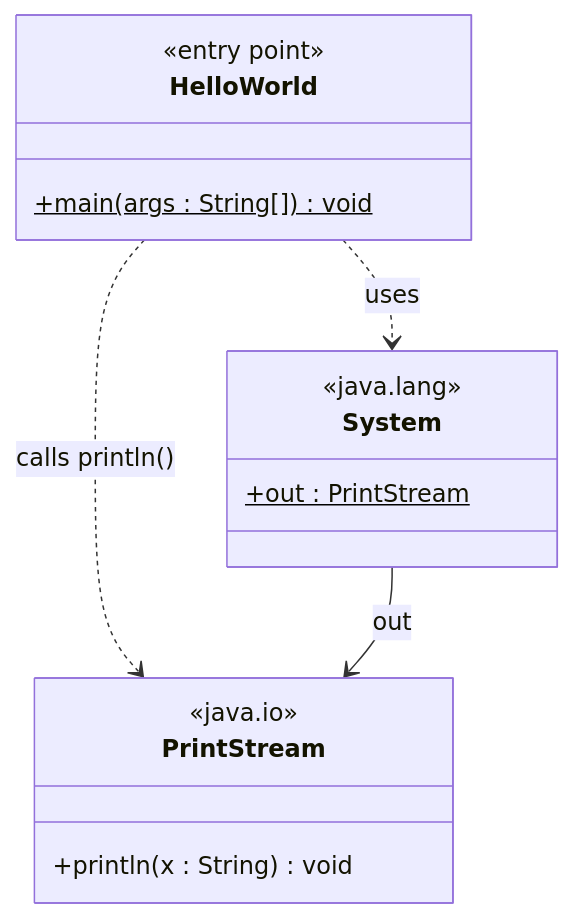
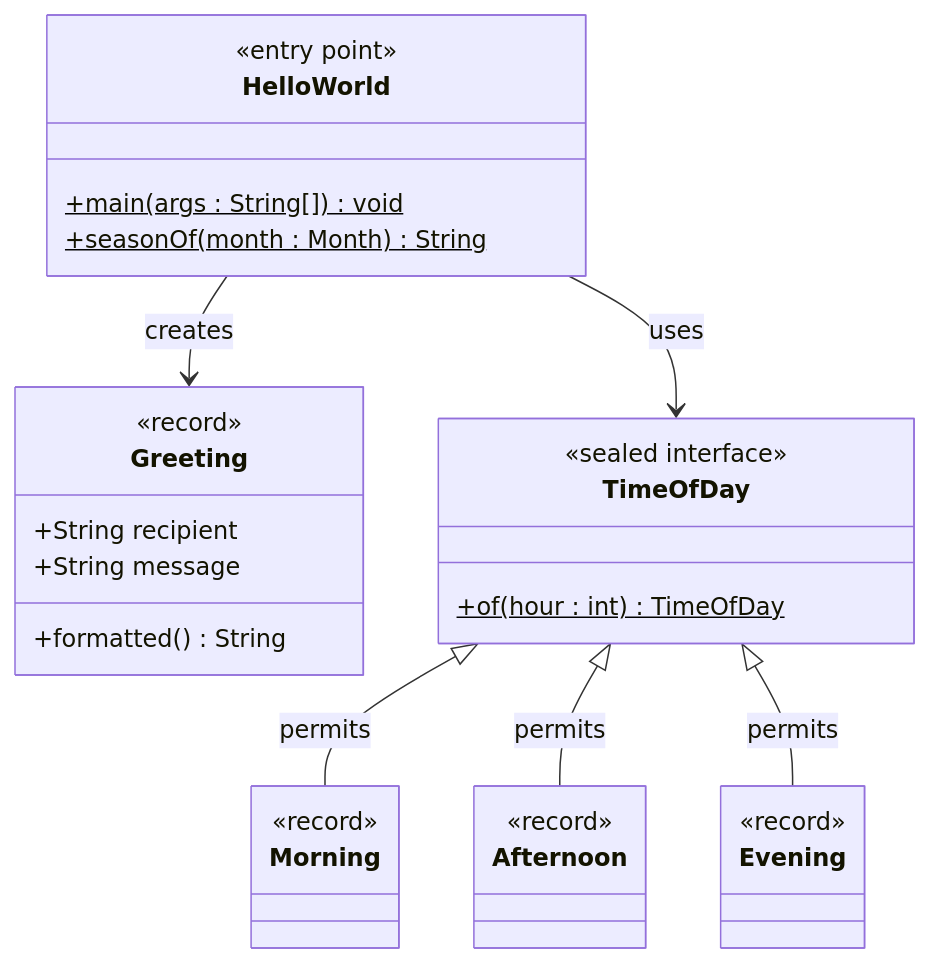
One commit to ktruchcz/copilot-test-ktruchcz changed the fourth of 16 diagrams in arc42-documentation.md. Above: the diagram before and after it, drawn with Mermaid. The commit also changed other lines of this file and 5 other files, not shown here.

````diff
--- a/arc42-documentation.md
+++ b/arc42-documentation.md
@@ -222,23 +225,40 @@
 ```mermaid
 classDiagram
     direction TB
 
     class HelloWorld {
         <<entry point>>
         +main(args : String[]) void$
+        +seasonOf(month : Month) String$
     }
 
-    class System {
-        <<java.lang>>
-        +out : PrintStream$
+    class Greeting {
+        <<record>>
+        +String recipient
+        +String message
+        +formatted() String
     }
 
-    class PrintStream {
-        <<java.io>>
-        +println(x : String) void
+    class TimeOfDay {
+        <<sealed interface>>
+        +of(hour : int) TimeOfDay$
     }
 
-    HelloWorld ..> System : uses
-    HelloWorld ..> PrintStream : calls println()
-    System --> PrintStream : out
+    class Morning {
+        <<record>>
+    }
+
+    class Afternoon {
+        <<record>>
+    }
+
+    class Evening {
+        <<record>>
+    }
+
+    HelloWorld --> Greeting : creates
+    HelloWorld --> TimeOfDay : uses
+    TimeOfDay <|-- Morning : permits
+    TimeOfDay <|-- Afternoon : permits
+    TimeOfDay <|-- Evening : permits
 ```
````
